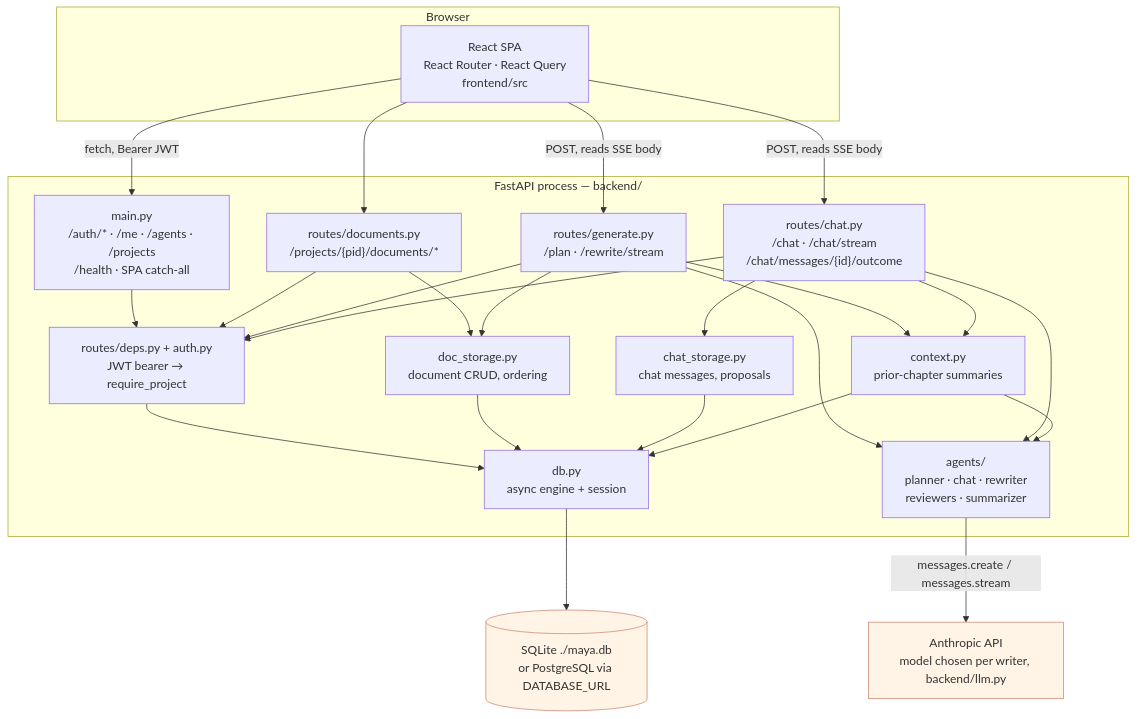
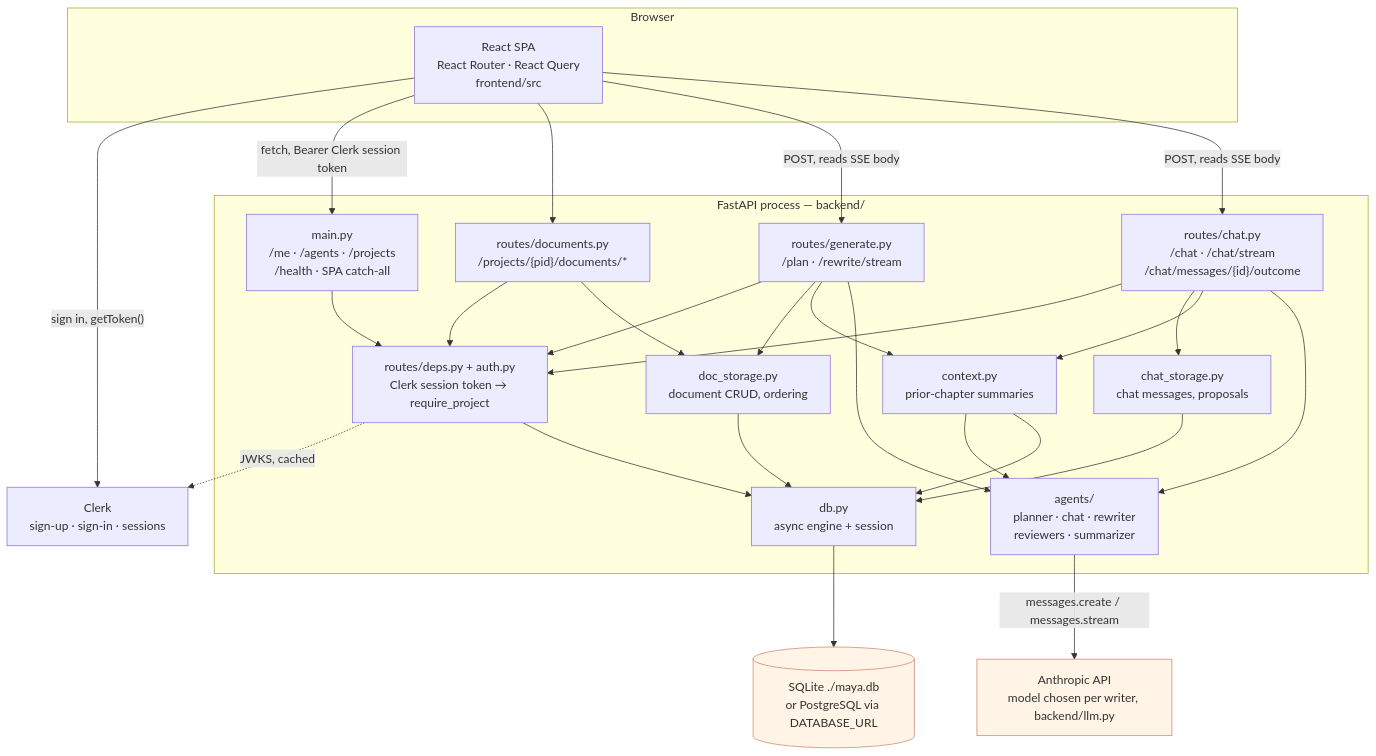
One commit to Akazz-L/maya changed the first of 2 diagrams in docs/diagrams/01-system-overview.md. Above: the diagram before and after it, drawn with Mermaid. The commit also changed other lines of this file and 71 other files, not shown here.

````diff
--- a/docs/diagrams/01-system-overview.md
+++ b/docs/diagrams/01-system-overview.md
@@ -6,49 +6,52 @@
 ```mermaid
 graph TB
     subgraph browser["Browser"]
         SPA["React SPA<br/>React Router · React Query<br/>frontend/src"]
     end
 
     subgraph server["FastAPI process — backend/"]
-        MAIN["main.py<br/>/auth/* · /me · /agents · /projects<br/>/health · SPA catch-all"]
+        MAIN["main.py<br/>/me · /agents · /projects<br/>/health · SPA catch-all"]
         DOCS["routes/documents.py<br/>/projects/{pid}/documents/*"]
         GEN["routes/generate.py<br/>/plan · /rewrite/stream"]
         CHAT["routes/chat.py<br/>/chat · /chat/stream<br/>/chat/messages/{id}/outcome"]
-        DEPS["routes/deps.py + auth.py<br/>JWT bearer → require_project"]
+        DEPS["routes/deps.py + auth.py<br/>Clerk session token → require_project"]
         STORE["doc_storage.py<br/>document CRUD, ordering"]
         CSTORE["chat_storage.py<br/>chat messages, proposals"]
         CTX["context.py<br/>prior-chapter summaries"]
         AGENTS["agents/<br/>planner · chat · rewriter<br/>reviewers · summarizer"]
         DB["db.py<br/>async engine + session"]
     end
 
     ANTHROPIC["Anthropic API<br/>model chosen per writer, backend/llm.py"]
     SQL[("SQLite ./maya.db<br/>or PostgreSQL via DATABASE_URL")]
+    CLERK["Clerk<br/>sign-up · sign-in · sessions"]
 
-    SPA -->|"fetch, Bearer JWT"| MAIN
+    SPA -->|"sign in, getToken()"| CLERK
+    SPA -->|"fetch, Bearer Clerk session token"| MAIN
+    DEPS -.->|"JWKS, cached"| CLERK
     SPA --> DOCS
     SPA -->|"POST, reads SSE body"| GEN
     SPA -->|"POST, reads SSE body"| CHAT
 
     MAIN --> DEPS
     DOCS --> DEPS
     GEN --> DEPS
     CHAT --> DEPS
     DOCS --> STORE
     GEN --> STORE
     GEN --> CTX
     GEN --> AGENTS
     CHAT --> CSTORE
     CHAT --> CTX
     CHAT --> AGENTS
     CTX --> AGENTS
     AGENTS -->|"messages.create / messages.stream"| ANTHROPIC
     DEPS --> DB
     STORE --> DB
     CSTORE --> DB
     CTX --> DB
     DB --> SQL
 
     classDef ext fill:#fff4e5,stroke:#d08770
     class ANTHROPIC,SQL ext
 ```
````
